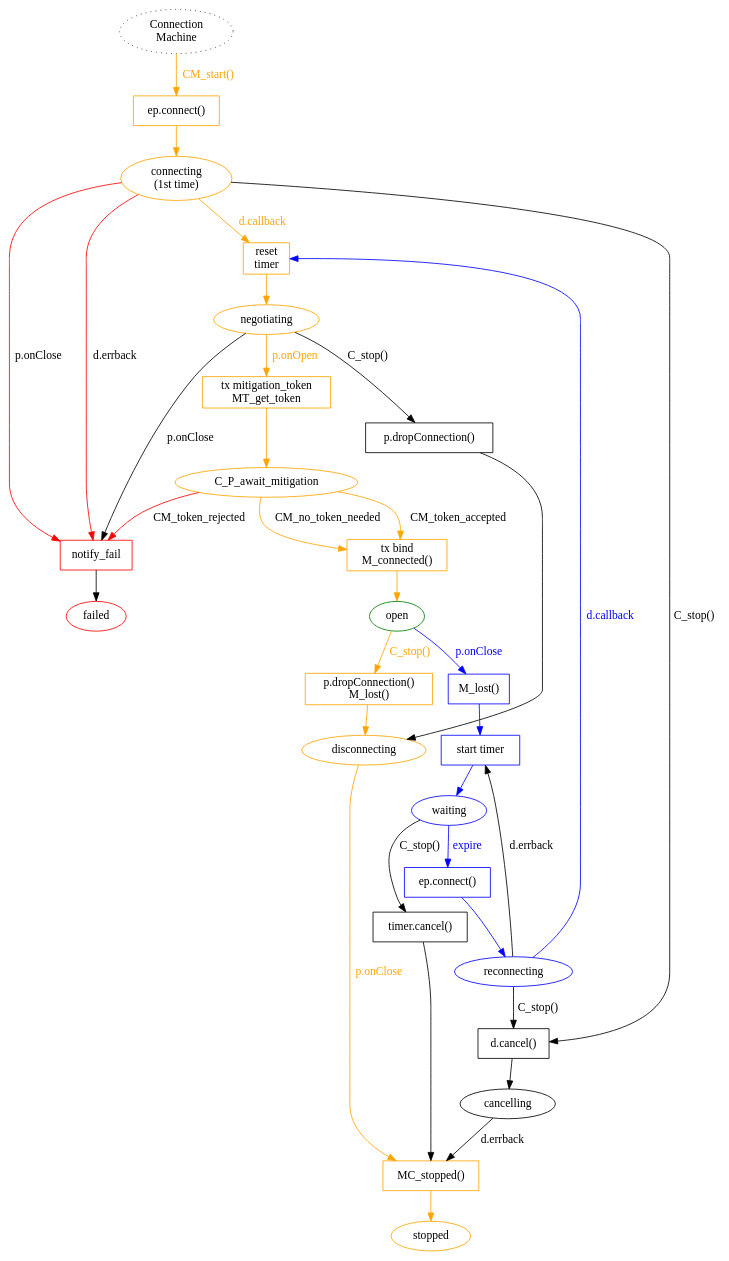
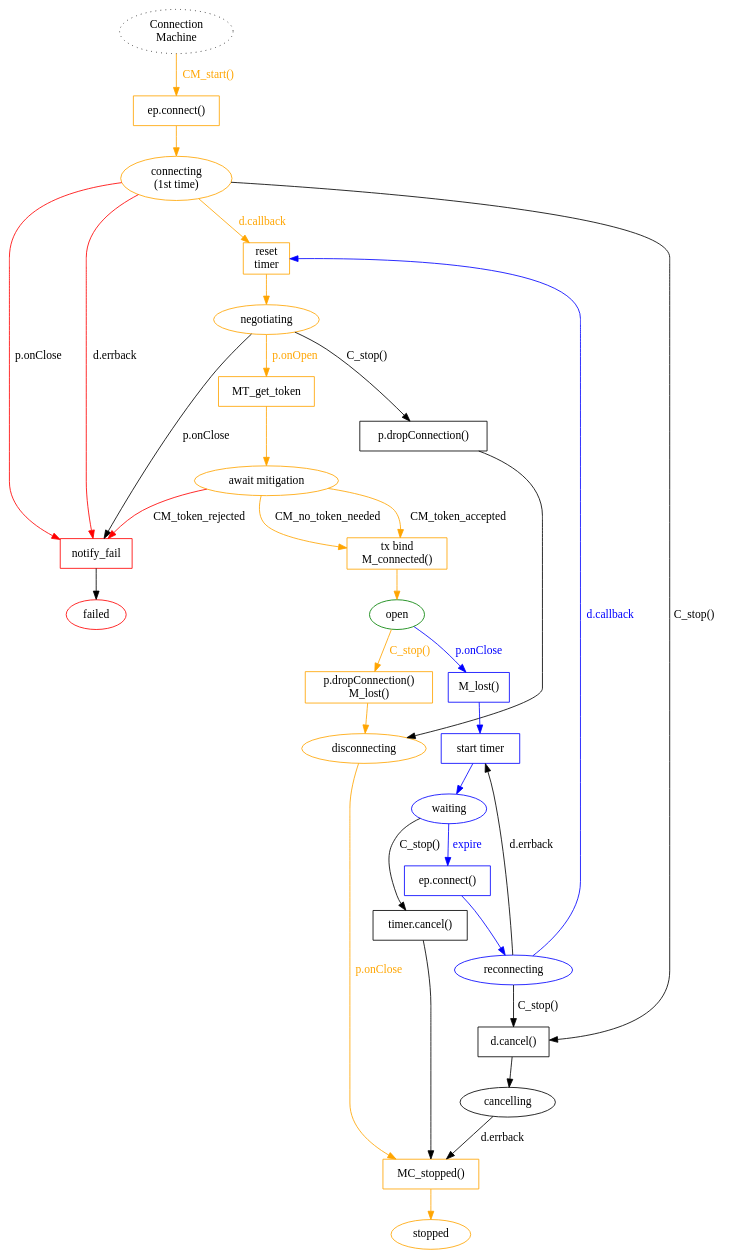
One commit to magic-wormhole/magic-wormhole changed the diagram in docs/state-machines/_connection.dot. Above: the diagram before and after it, drawn with Graphviz. The commit also changed 1 other file, not shown here.

```diff
--- a/docs/state-machines/_connection.dot
+++ b/docs/state-machines/_connection.dot
@@ -1,86 +1,86 @@
 digraph {
         /* note: this is nominally what we want from the machine that
          establishes the WebSocket connection (and re-establishes it when it
          is lost). We aren't using this yet; for now we're relying upon
          twisted.application.internet.ClientService, which does reconnection
          and random exponential backoff.
 
          The one thing it doesn't do is fail entirely when the first
          connection attempt fails, which I think would be good for usability.
          If the first attempt fails, it's probably because you don't have a
          network connection, or the hostname is wrong, or the service has
          been retired entirely. And retrying silently forever is not being
          honest with the user.
 
          So I'm keeping this diagram around, as a reminder of how we'd like
          to modify ClientService. */
 
 
         /* ConnectionMachine */
         C_start [label="Connection\nMachine" style="dotted"]
         C_start -> C_Pc1 [label="CM_start()" color="orange" fontcolor="orange"]
         C_Pc1 [shape="box" label="ep.connect()" color="orange"]
         C_Pc1 -> C_Sc1 [color="orange"]
         C_Sc1 [label="connecting\n(1st time)" color="orange"]
         C_Sc1 -> C_P_reset [label="d.callback" color="orange" fontcolor="orange"]
         C_P_reset [shape="box" label="reset\ntimer" color="orange"]
         C_P_reset -> C_S_negotiating [color="orange"]
         C_Sc1 -> C_P_failed [label="d.errback" color="red"]
         C_Sc1 -> C_P_failed [label="p.onClose" color="red"]
         C_Sc1 -> C_P_cancel [label="C_stop()"]
         C_P_cancel [shape="box" label="d.cancel()"]
         C_P_cancel -> C_S_cancelling
         C_S_cancelling [label="cancelling"]
         C_S_cancelling -> C_P_stopped [label="d.errback"]
 
         C_S_negotiating [label="negotiating" color="orange"]
         C_S_negotiating -> C_P_failed [label="p.onClose"]
         C_S_negotiating -> C_P_req_mitigation [label="p.onOpen" color="orange" fontcolor="orange"]
         C_S_negotiating -> C_P_drop2 [label="C_stop()"]
         C_P_drop2 [shape="box" label="p.dropConnection()"]
         C_P_drop2 -> C_S_disconnecting
 
 # "boxes are actions, circles are states"
 
-        C_P_req_mitigation [shape="box" label="tx mitigation_token\nMT_get_token" color="orange"]
+        C_P_req_mitigation [shape="box" label="MT_get_token" color="orange"]
         C_P_req_mitigation -> C_P_await_mitigation [color="orange"]
-        C_P_await_mitigation [color="orange"]
+        C_P_await_mitigation [label="await mitigation" color="orange"]
         C_P_await_mitigation -> C_P_connected [label="CM_token_accepted" color="orange"]
         C_P_await_mitigation -> C_P_connected [label="CM_no_token_needed" color="orange"]
         C_P_await_mitigation -> C_P_failed [label="CM_token_rejected" color="red"]
 
         C_P_connected [shape="box" label="tx bind\nM_connected()" color="orange"]
         C_P_connected -> C_S_open [color="orange"]
 
         C_S_open [label="open" color="green"]
         C_S_open -> C_P_lost [label="p.onClose" color="blue" fontcolor="blue"]
         C_S_open -> C_P_drop [label="C_stop()" color="orange" fontcolor="orange"]
         C_P_drop [shape="box" label="p.dropConnection()\nM_lost()" color="orange"]
         C_P_drop -> C_S_disconnecting [color="orange"]
         C_S_disconnecting [label="disconnecting" color="orange"]
         C_S_disconnecting -> C_P_stopped [label="p.onClose" color="orange" fontcolor="orange"]
 
         C_P_lost [shape="box" label="M_lost()" color="blue"]
         C_P_lost -> C_P_wait [color="blue"]
         C_P_wait [shape="box" label="start timer" color="blue"]
         C_P_wait -> C_S_waiting [color="blue"]
         C_S_waiting [label="waiting" color="blue"]
         C_S_waiting -> C_Pc2 [label="expire" color="blue" fontcolor="blue"]
         C_S_waiting -> C_P_stop_timer [label="C_stop()"]
         C_P_stop_timer [shape="box" label="timer.cancel()"]
         C_P_stop_timer -> C_P_stopped
         C_Pc2 [shape="box" label="ep.connect()" color="blue"]
         C_Pc2 -> C_Sc2 [color="blue"]
         C_Sc2 [label="reconnecting" color="blue"]
         C_Sc2 -> C_P_reset [label="d.callback" color="blue" fontcolor="blue"]
         C_Sc2 -> C_P_wait [label="d.errback"]
         C_Sc2 -> C_P_cancel [label="C_stop()"]
 
         C_P_stopped [shape="box" label="MC_stopped()" color="orange"]
         C_P_stopped -> C_S_stopped [color="orange"]
         C_S_stopped [label="stopped" color="orange"]
 
         C_P_failed [shape="box" label="notify_fail" color="red"]
         C_P_failed -> C_S_failed
         C_S_failed [label="failed" color="red"]
 }
```
